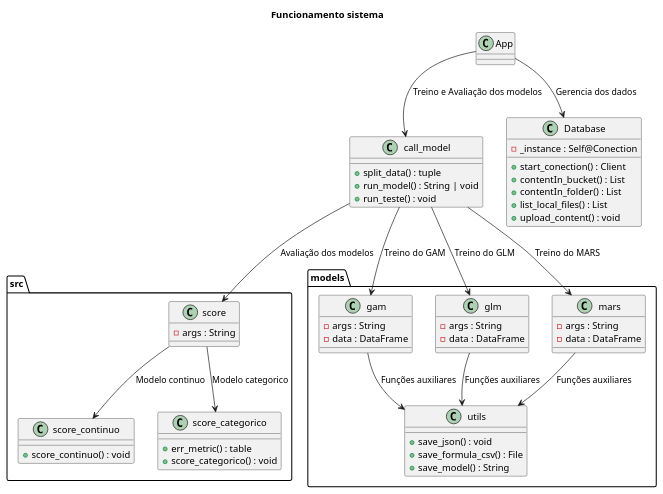
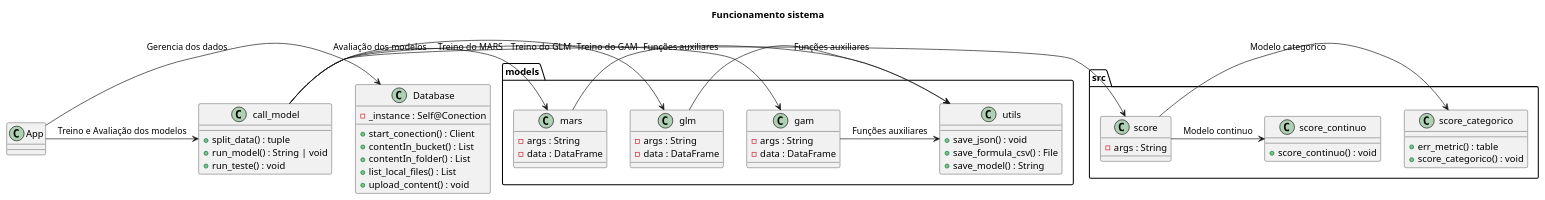
One commit to LucasMGuima/TCC changed the diagram in modelagens/sistema.puml. Above: the diagram before and after it, drawn with PlantUML. The commit also changed 16 other files, not shown here.

```diff
--- a/modelagens/sistema.puml
+++ b/modelagens/sistema.puml
@@ -1,69 +1,69 @@
 @startuml
 title Funcionamento sistema
 
 ' Definição de classes
 class App { }
 
 class call_model {
     + split_data() : tuple
     + run_model() : String | void
     + run_teste() : void
 }
 
 class Database {
     - _instance : Self@Conection
     + start_conection() : Client
     + contentIn_bucket() : List
     + contentIn_folder() : List
     + list_local_files() : List
     + upload_content() : void
 }
 
 class src.score { 
     - args : String
 }
 
 class src.score_continuo { 
     + score_continuo() : void
 }
 
 class src.score_categorico {
     + err_metric() : table
     + score_categorico() : void
 }
 
 class models.gam {
     - args : String
     - data : DataFrame
 }
 
 class models.glm { 
     - args : String
     - data : DataFrame
 }
 
 class models.mars {
     - args : String
     - data : DataFrame
 }
 
 class models.utils {
     + save_json() : void
     + save_formula_csv() : File
     + save_model() : String
 }
 
 ' Relacionamentos
-App --> Database : Gerencia dos dados
-App --> call_model : Treino e Avaliação dos modelos
-call_model --> models.gam : Treino do GAM
-call_model --> models.glm : Treino do GLM
-call_model --> models.mars : Treino do MARS
-call_model --> src.score : Avaliação dos modelos
-models.gam --> models.utils : Funções auxiliares
-models.glm --> models.utils : Funções auxiliares
-models.mars --> models.utils : Funções auxiliares
-src.score --> src.score_categorico : Modelo categorico
-src.score --> src.score_continuo : Modelo continuo
+App -> Database : Gerencia dos dados
+App -> call_model : Treino e Avaliação dos modelos
+call_model -> models.gam : Treino do GAM
+call_model -> models.glm : Treino do GLM
+call_model -> models.mars : Treino do MARS
+call_model -> src.score : Avaliação dos modelos
+models.gam -> models.utils : Funções auxiliares
+models.glm -> models.utils : Funções auxiliares
+models.mars -> models.utils : Funções auxiliares
+src.score -> src.score_categorico : Modelo categorico
+src.score -> src.score_continuo : Modelo continuo
 
 @enduml
```
